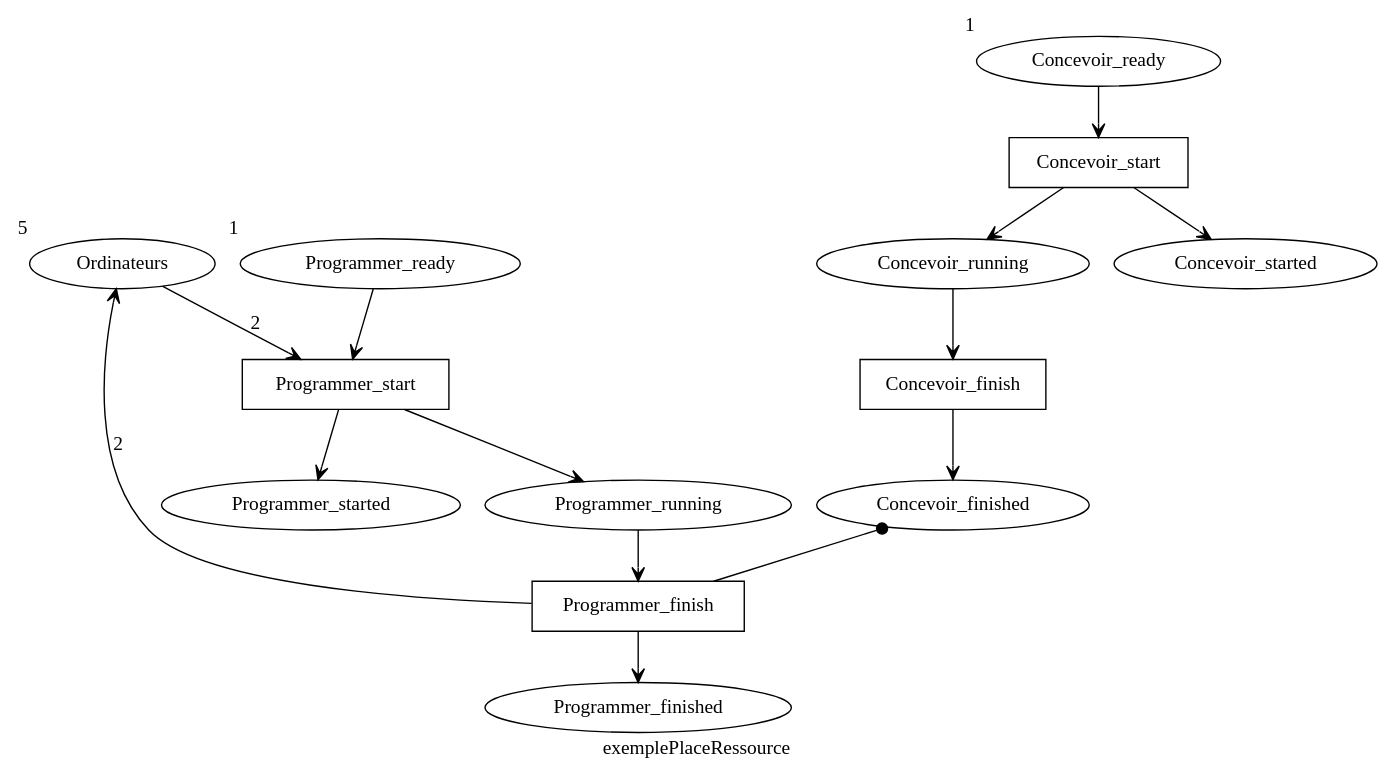
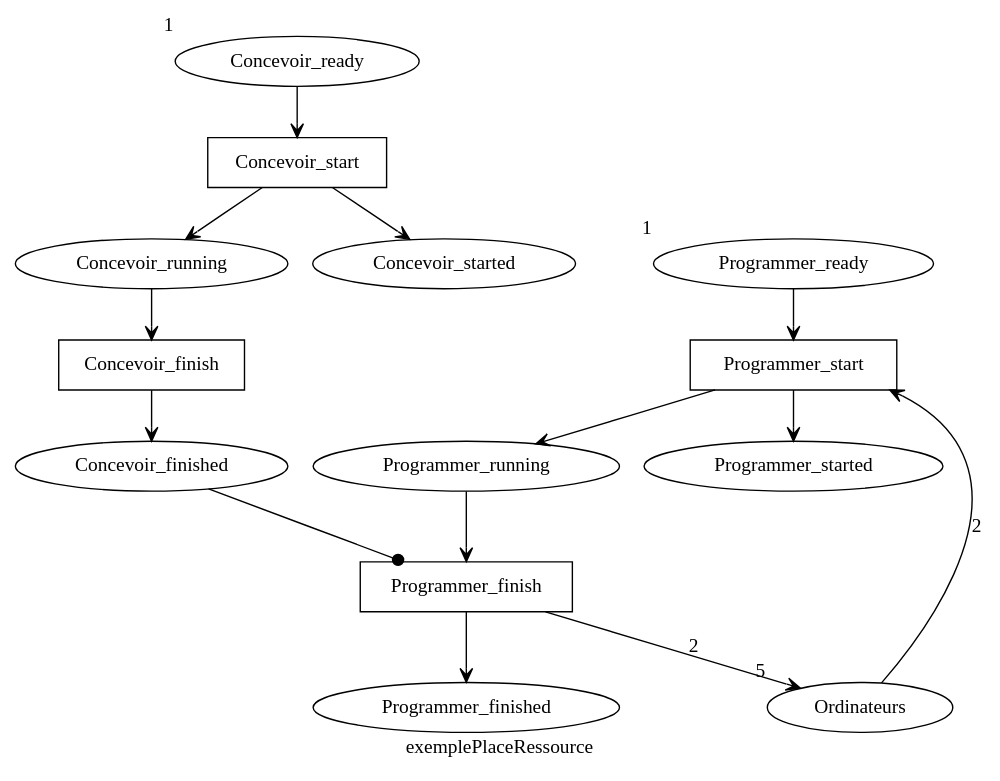
Before and after one commit to louis-thevenet/n7-mini-projet-IDM: the diagram in src/fr.n7.petriNet.todot/output/rapport/exemplePlaceRessource.dot, drawn with Graphviz. The commit also changed 3 other files, not shown here.

```diff
--- a/src/fr.n7.petriNet.todot/output/rapport/exemplePlaceRessource.dot
+++ b/src/fr.n7.petriNet.todot/output/rapport/exemplePlaceRessource.dot
@@ -1,32 +1,32 @@
 digraph exemplePlaceRessource {
 label=exemplePlaceRessource
 
-Ordinateurs [xlabel=5];
 Programmer_ready [xlabel=1];
 Programmer_started ;
 Programmer_running ;
 Programmer_finished ;
 Programmer_start [shape=rectangle] ;
 Programmer_finish [shape=rectangle] ;
 Concevoir_ready [xlabel=1];
 Concevoir_started ;
 Concevoir_running ;
 Concevoir_finished ;
 Concevoir_start [shape=rectangle] ;
 Concevoir_finish [shape=rectangle] ;
+Ordinateurs [xlabel=5];
 
-Ordinateurs -> Programmer_start  [arrowhead=vee]  [label=2];
-Programmer_finish -> Ordinateurs  [arrowhead=vee]  [label=2];
 Programmer_ready -> Programmer_start  [arrowhead=vee]  ;
 Programmer_start -> Programmer_running  [arrowhead=vee]  ;
 Programmer_start -> Programmer_started  [arrowhead=vee]  ;
 Programmer_running -> Programmer_finish  [arrowhead=vee]  ;
 Programmer_finish -> Programmer_finished  [arrowhead=vee]  ;
 Concevoir_ready -> Concevoir_start  [arrowhead=vee]  ;
 Concevoir_start -> Concevoir_running  [arrowhead=vee]  ;
 Concevoir_start -> Concevoir_started  [arrowhead=vee]  ;
 Concevoir_running -> Concevoir_finish  [arrowhead=vee]  ;
 Concevoir_finish -> Concevoir_finished  [arrowhead=vee]  ;
-Concevoir_finished -> Programmer_finish [dir=back] [arrowtail=dot]  ;
+Concevoir_finished -> Programmer_finish [dir=forward] [arrowhead=dot]  ;
+Ordinateurs -> Programmer_start  [arrowhead=vee]  [label=2];
+Programmer_finish -> Ordinateurs  [arrowhead=vee]  [label=2];
 
 }
```
